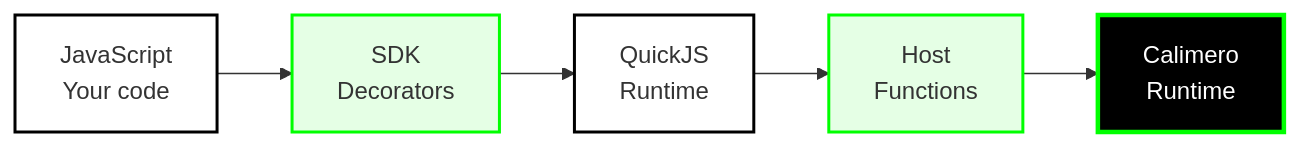
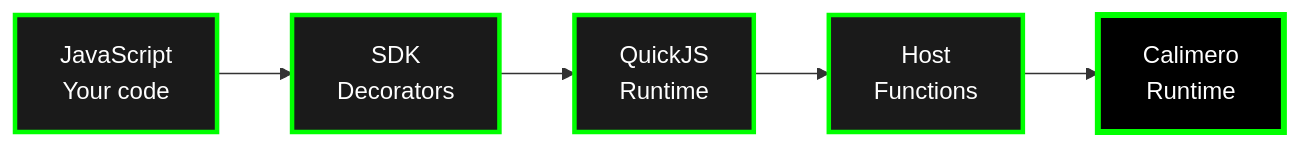
One commit to calimero-network/docs changed the second of 2 diagrams in docs/builder-directory/js-sdk-guide.md. Above: the diagram before and after it, drawn with Mermaid. The commit also changed other lines of this file and 5 other files, not shown here.

First line of the commit message:
fix: Update all remaining graphs to dark backgrounds with green borders

````diff
--- a/docs/builder-directory/js-sdk-guide.md
+++ b/docs/builder-directory/js-sdk-guide.md
@@ -41,13 +41,13 @@
 ```mermaid
 flowchart LR
     JS[JavaScript<br/>Your code] --> SDK[SDK<br/>Decorators]
     SDK --> QJS[QuickJS<br/>Runtime]
     QJS --> HOST[Host<br/>Functions]
     HOST --> RUNTIME[Calimero<br/>Runtime]
     
-    style JS fill:#ffffff,stroke:#000000,stroke-width:2px
-    style SDK fill:#e5ffe5,stroke:#00ff00,stroke-width:2px
-    style QJS fill:#ffffff,stroke:#000000,stroke-width:2px
-    style HOST fill:#e5ffe5,stroke:#00ff00,stroke-width:2px
-    style RUNTIME fill:#000000,stroke:#00ff00,stroke-width:3px,color:#ffffff
+    style JS fill:#1a1a1a,stroke:#00ff00,stroke-width:3px,color:#ffffff
+    style SDK fill:#1a1a1a,stroke:#00ff00,stroke-width:3px,color:#ffffff
+    style QJS fill:#1a1a1a,stroke:#00ff00,stroke-width:3px,color:#ffffff
+    style HOST fill:#1a1a1a,stroke:#00ff00,stroke-width:3px,color:#ffffff
+    style RUNTIME fill:#000000,stroke:#00ff00,stroke-width:4px,color:#ffffff
 ```
````
